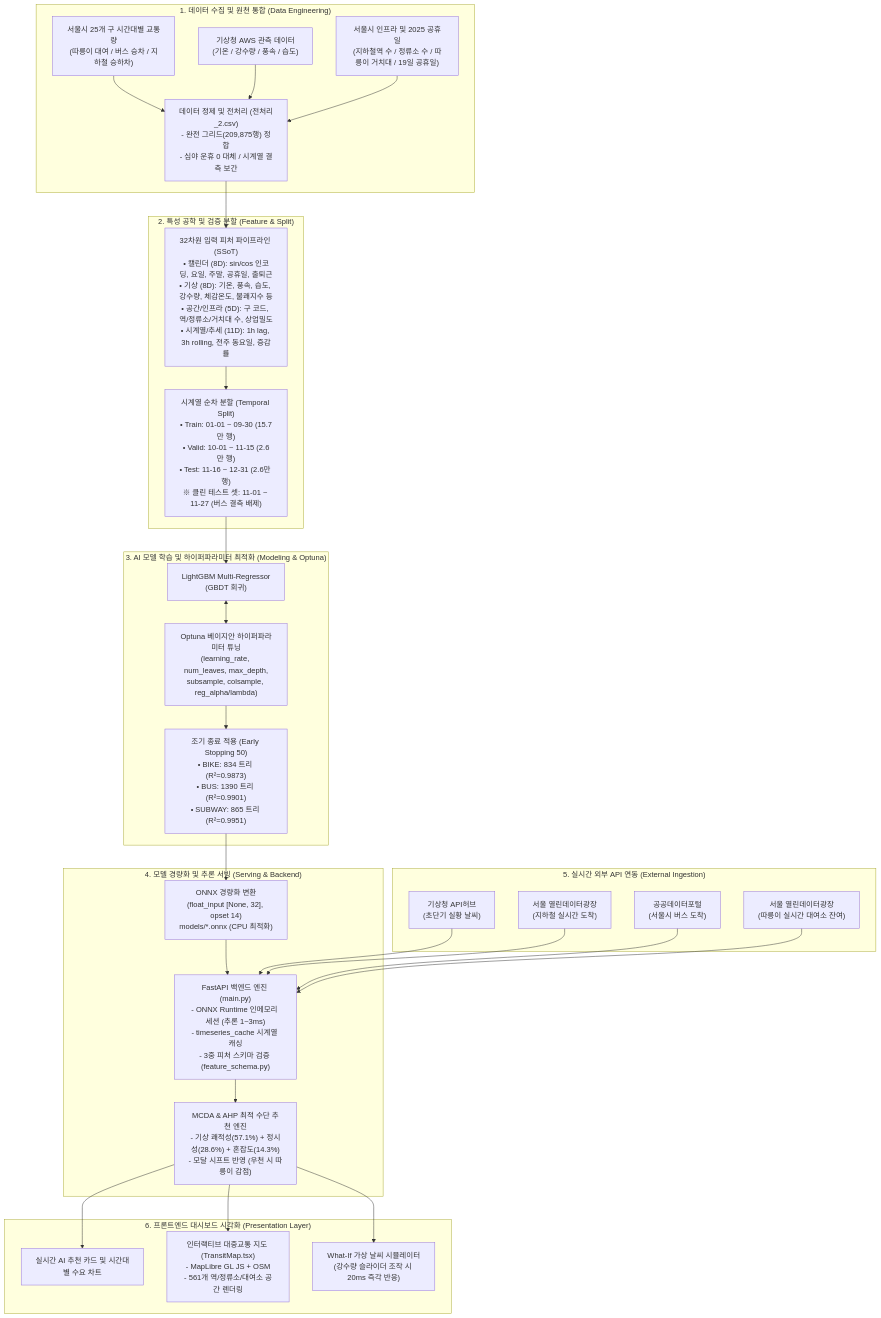
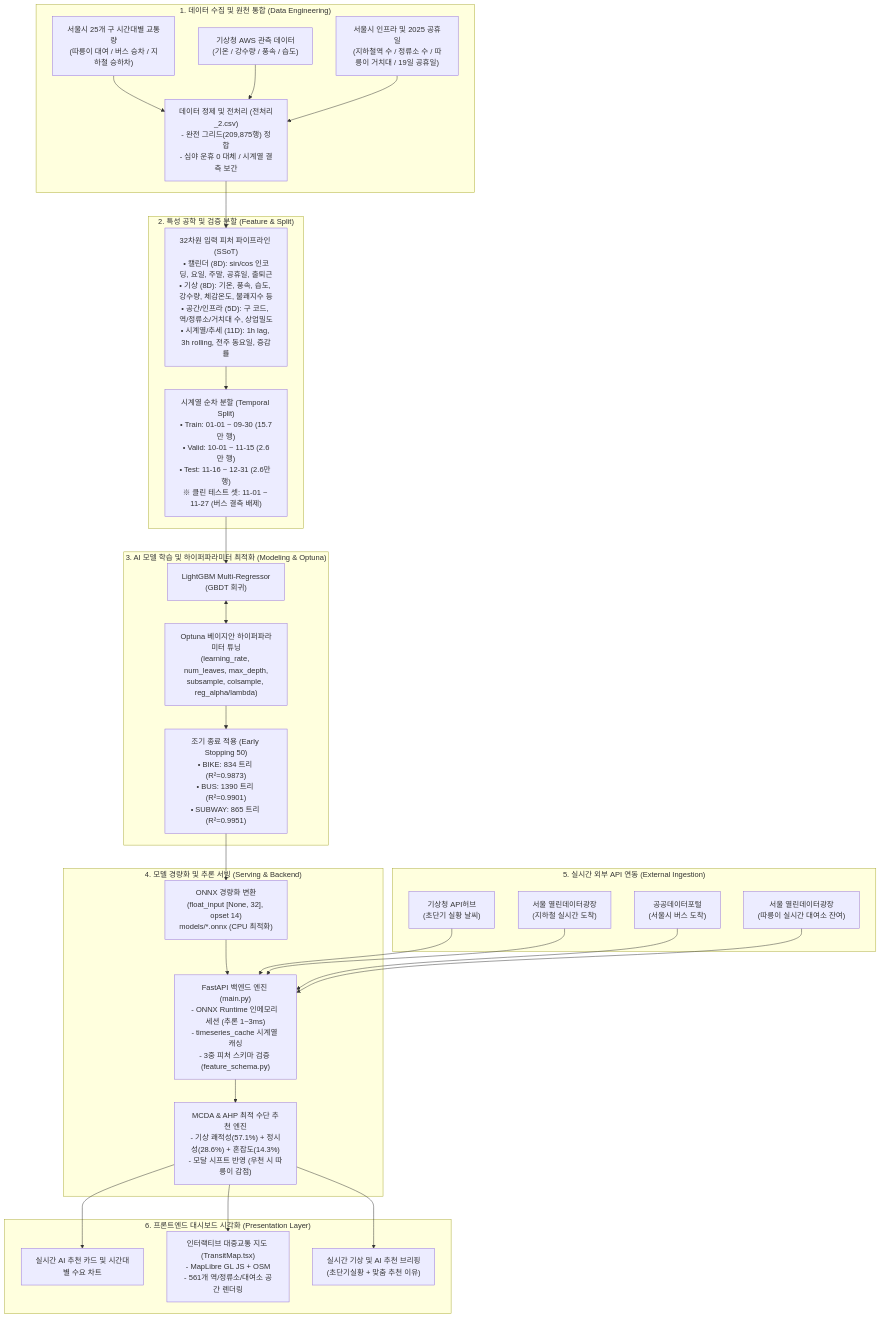
One commit to 14EE4/weather-transit-web changed the second of 6 diagrams in docs/SYSTEM_ARCHITECTURE.md. Above: the diagram before and after it, drawn with Mermaid. The commit also changed other lines of this file and 3 other files, not shown here.

````diff
--- a/docs/SYSTEM_ARCHITECTURE.md
+++ b/docs/SYSTEM_ARCHITECTURE.md
@@ -71,61 +71,61 @@
 ```mermaid
 flowchart TD
     %% 1. Raw Data & Collection
     subgraph S1 ["1. 데이터 수집 및 원천 통합 (Data Engineering)"]
         D1["서울시 25개 구 시간대별 교통량<br>(따릉이 대여 / 버스 승차 / 지하철 승하차)"]
         D2["기상청 AWS 관측 데이터<br>(기온 / 강수량 / 풍속 / 습도)"]
         D3["서울시 인프라 및 2025 공휴일<br>(지하철역 수 / 정류소 수 / 따릉이 거치대 / 19일 공휴일)"]
         D1 --> DP["데이터 정제 및 전처리 (전처리_2.csv)<br>- 완전 그리드(209,875행) 정합<br>- 심야 운휴 0 대체 / 시계열 결측 보간"]
         D2 --> DP
         D3 --> DP
     end
 
     %% 2. Feature Engineering & Dataset Split
     subgraph S2 ["2. 특성 공학 및 검증 분할 (Feature & Split)"]
         FE["32차원 입력 피처 파이프라인 (SSoT)<br>• 캘린더 (8D): sin/cos 인코딩, 요일, 주말, 공휴일, 출퇴근<br>• 기상 (8D): 기온, 풍속, 습도, 강수량, 체감온도, 불쾌지수 등<br>• 공간/인프라 (5D): 구 코드, 역/정류소/거치대 수, 상업밀도<br>• 시계열/추세 (11D): 1h lag, 3h rolling, 전주 동요일, 증감률"]
         DP --> FE
         FE --> SP["시계열 순차 분할 (Temporal Split)<br>• Train: 01-01 ~ 09-30 (15.7만 행)<br>• Valid: 10-01 ~ 11-15 (2.6만 행)<br>• Test: 11-16 ~ 12-31 (2.6만 행)<br>※ 클린 테스트 셋: 11-01 ~ 11-27 (버스 결측 배제)"]
     end
 
     %% 3. Modeling & Optimization
     subgraph S3 ["3. AI 모델 학습 및 하이퍼파라미터 최적화 (Modeling & Optuna)"]
         M1["LightGBM Multi-Regressor<br>(GBDT 회귀)"]
         OPT["Optuna 베이지안 하이퍼파라미터 튜닝<br>(learning_rate, num_leaves, max_depth,<br>subsample, colsample, reg_alpha/lambda)"]
         ES["조기 종료 적용 (Early Stopping 50)<br>• BIKE: 834 트리 (R²=0.9873)<br>• BUS: 1390 트리 (R²=0.9901)<br>• SUBWAY: 865 트리 (R²=0.9951)"]
         SP --> M1
         M1 <--> OPT
         OPT --> ES
     end
 
     %% 4. ONNX Compilation & Serving
     subgraph S4 ["4. 모델 경량화 및 추론 서빙 (Serving & Backend)"]
         ONNX["ONNX 경량화 변환<br>(float_input [None, 32], opset 14)<br>models/*.onnx (CPU 최적화)"]
         ES --> ONNX
         API["FastAPI 백엔드 엔진 (main.py)<br>- ONNX Runtime 인메모리 세션 (추론 1~3ms)<br>- timeseries_cache 시계열 캐싱<br>- 3중 피처 스키마 검증 (feature_schema.py)"]
         ONNX --> API
         MCDA["MCDA & AHP 최적 수단 추천 엔진<br>- 기상 쾌적성(57.1%) + 정시성(28.6%) + 혼잡도(14.3%)<br>- 모달 시프트 반영 (우천 시 따릉이 감점)"]
         API --> MCDA
     end
 
     %% 5. Real-Time External Integration
     subgraph S5 ["5. 실시간 외부 API 연동 (External Ingestion)"]
         EXT1["기상청 API허브<br>(초단기 실황 날씨)"]
         EXT2["서울 열린데이터광장<br>(지하철 실시간 도착)"]
         EXT3["공공데이터포털<br>(서울시 버스 도착)"]
         EXT4["서울 열린데이터광장<br>(따릉이 실시간 대여소 잔여)"]
         EXT1 --> API
         EXT2 --> API
         EXT3 --> API
         EXT4 --> API
     end
 
     %% 6. Presentation Layer
     subgraph S6 ["6. 프론트엔드 대시보드 시각화 (Presentation Layer)"]
         UI1["실시간 AI 추천 카드 및 시간대별 수요 차트"]
         UI2["인터랙티브 대중교통 지도 (TransitMap.tsx)<br>- MapLibre GL JS + OSM<br>- 561개 역/정류소/대여소 공간 렌더링"]
-        UI3["What-If 가상 날씨 시뮬레이터<br>(강수량 슬라이더 조작 시 20ms 즉각 반응)"]
+        UI3["실시간 기상 및 AI 추천 브리핑<br>(초단기실황 + 맞춤 추천 이유)"]
         MCDA --> UI1
         MCDA --> UI2
         MCDA --> UI3
     end
 ```
````
